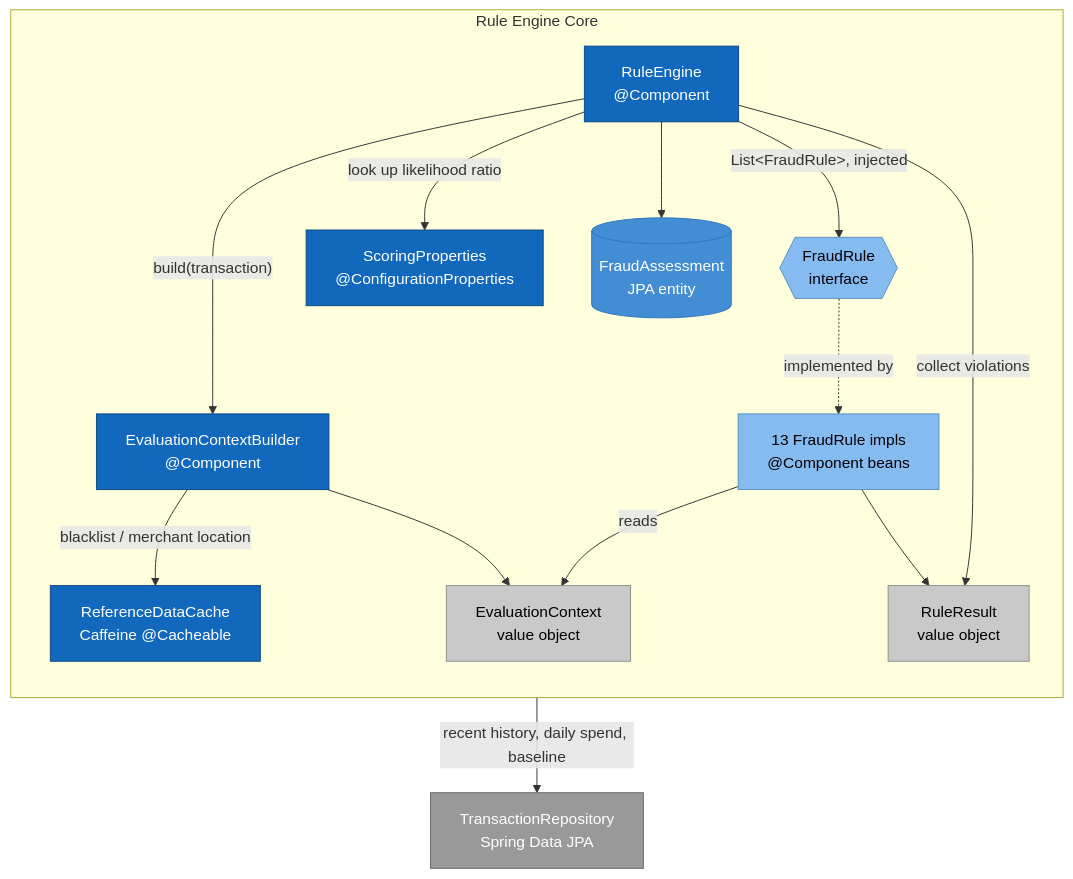
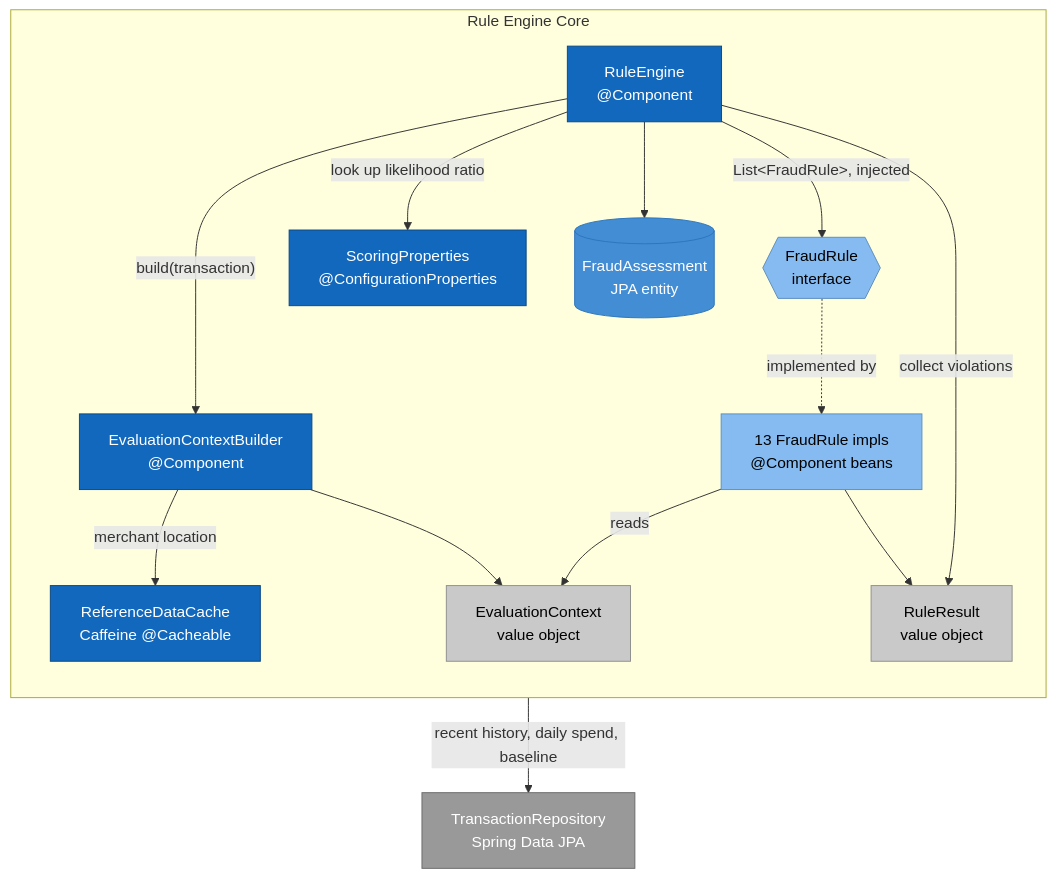
Before and after one commit to mubiD/fraud-engine: the diagram in docs/architecture/03-component.md, drawn with Mermaid. The commit also changed 64 other files, not shown here.

````diff
--- a/docs/architecture/03-component.md
+++ b/docs/architecture/03-component.md
@@ -7,41 +7,41 @@
 ```mermaid
 flowchart TB
   subgraph boundary["Rule Engine Core"]
     direction TB
     ruleEngine["RuleEngine<br/>@Component"]
     fraudRuleIface{{"FraudRule<br/>interface"}}
     rules["13 FraudRule impls<br/>@Component beans"]
     contextBuilder["EvaluationContextBuilder<br/>@Component"]
     context["EvaluationContext<br/>value object"]
     referenceCache["ReferenceDataCache<br/>Caffeine @Cacheable"]
     scoringProps["ScoringProperties<br/>@ConfigurationProperties"]
     ruleResult["RuleResult<br/>value object"]
     assessment[("FraudAssessment<br/>JPA entity")]
   end
 
   transactionRepo["TransactionRepository<br/>Spring Data JPA"]
 
   ruleEngine -->|"build(transaction)"| contextBuilder
-  contextBuilder -->|"blacklist / merchant location"| referenceCache
+  contextBuilder -->|"merchant location"| referenceCache
   contextBuilder -->|"recent history, daily spend, baseline"| transactionRepo
   contextBuilder --> context
   ruleEngine -->|"List&lt;FraudRule&gt;, injected"| fraudRuleIface
   fraudRuleIface -.implemented by.-> rules
   rules -->|reads| context
   rules --> ruleResult
   ruleEngine -->|"collect violations"| ruleResult
   ruleEngine -->|"look up likelihood ratio"| scoringProps
   ruleEngine --> assessment
 
   classDef component fill:#1168bd,color:#fff,stroke:#0b4884
   classDef iface fill:#85bbf0,color:#000,stroke:#5d8fc0
   classDef value fill:#c9c9c9,color:#000,stroke:#8f8f8f
   classDef db fill:#438dd5,color:#fff,stroke:#2d76bd
   classDef ext fill:#999999,color:#fff,stroke:#6b6b6b
 
   class ruleEngine,contextBuilder,referenceCache,scoringProps component
   class fraudRuleIface,rules iface
   class context,ruleResult value
   class assessment db
   class transactionRepo ext
 ```
````
